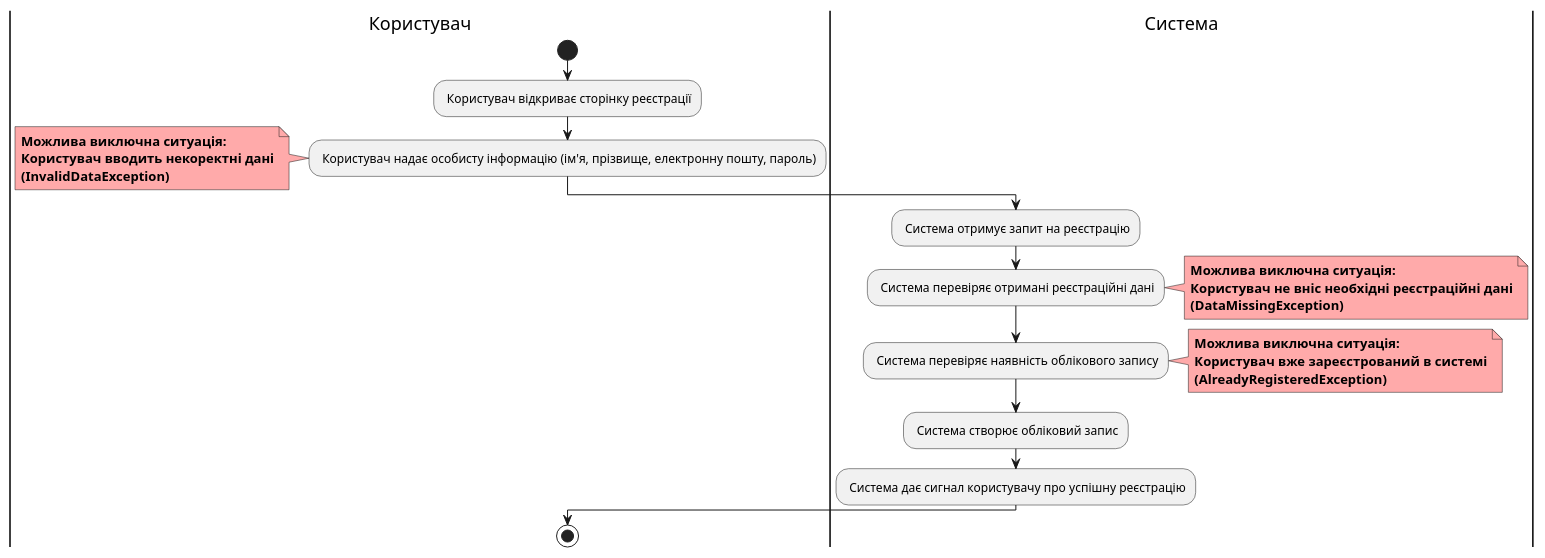
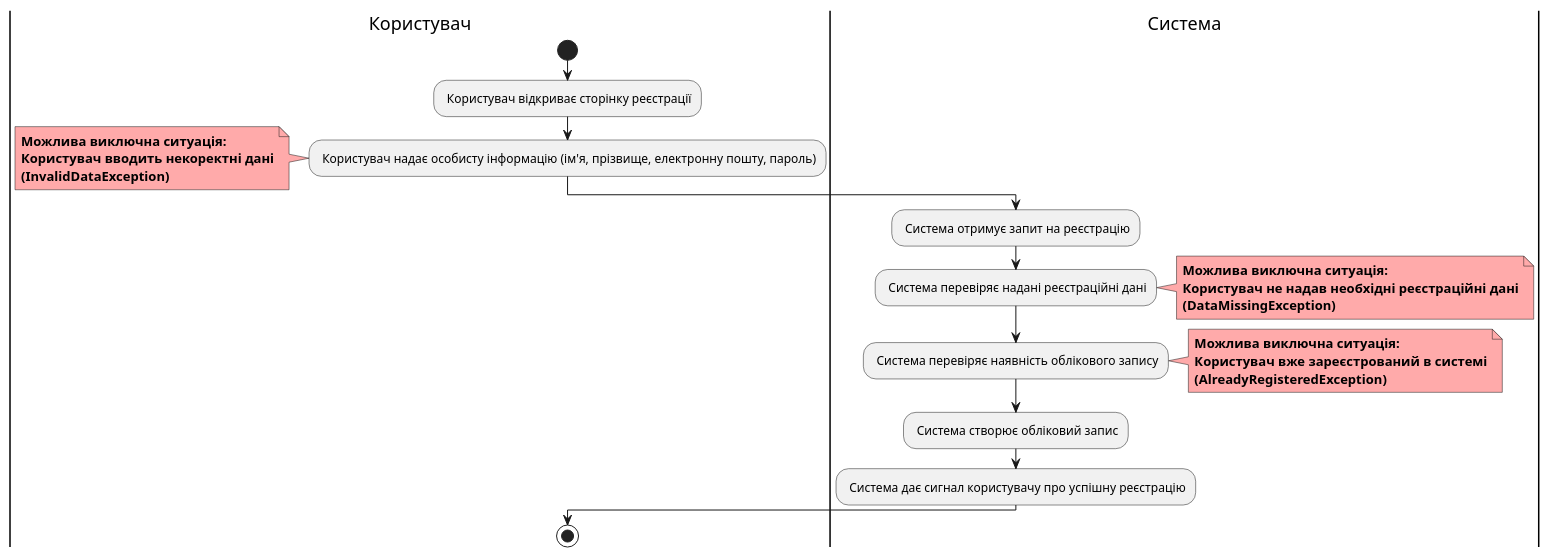
One commit to semenyaka08/media-content-api changed the fifth of 12 diagrams in docs/use cases/README.md. Above: the diagram before and after it, drawn with PlantUML. The commit also changed other lines of this file, not shown here.

Commit message:
Update unregistered user diagrams

```diff
--- a/docs/use cases/README.md
+++ b/docs/use cases/README.md
@@ -153,33 +153,33 @@
 @startuml
 
 |Користувач| 
 start
 : Користувач відкриває сторінку реєстрації;
 : Користувач надає особисту інформацію (ім'я, прізвище, електронну пошту, пароль);
 note left #ffaaaa
     <b>Можлива виключна ситуація:</b>
     <b>Користувач вводить некоректні дані</b>
     <b>(InvalidDataException)</b>
 end note
 
 |Система|
 : Система отримує запит на реєстрацію;
-: Система перевіряє отримані реєстраційні дані;
+: Система перевіряє надані реєстраційні дані;
 note right #ffaaaa
     <b>Можлива виключна ситуація:</b>
-    <b>Користувач не вніс необхідні реєстраційні дані</b>
+    <b>Користувач не надав необхідні реєстраційні дані</b>
     <b>(DataMissingException)</b>
 end note
 : Система перевіряє наявність облікового запису;
 note right #ffaaaa
     <b>Можлива виключна ситуація:</b>
     <b>Користувач вже зареєстрований в системі</b>
     <b>(AlreadyRegisteredException)</b>
 end note
 : Система створює обліковий запис;
 : Система дає сигнал користувачу про успішну реєстрацію;
 
 |Користувач| 
 stop
 
 @enduml
```
